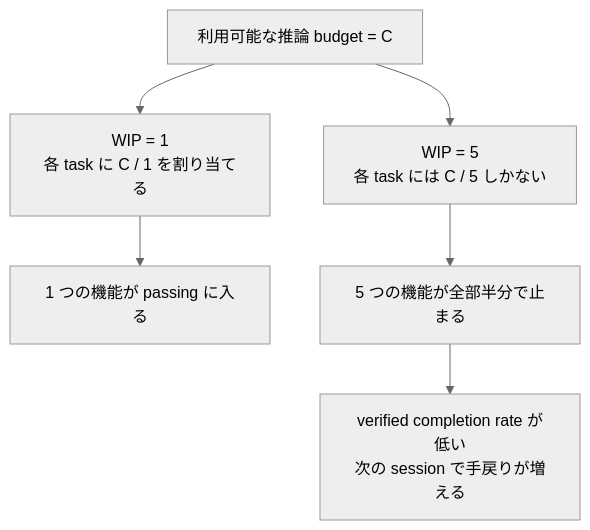
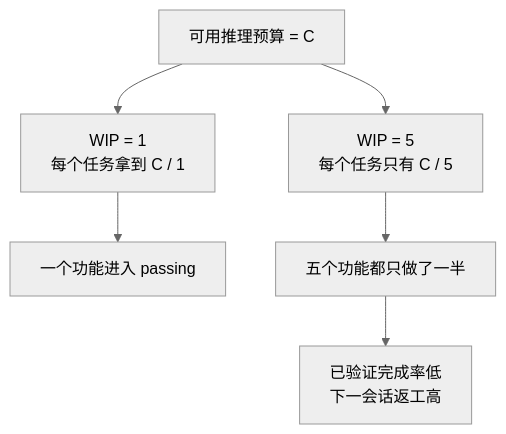
One commit to mkusaka/learn-harness-engineering changed the second of 2 diagrams in docs/zh/lectures/lecture-07-why-agents-overreach-and-under-finish/index.md. Above: the diagram before and after it, drawn with Mermaid (neutral theme). The commit also changed other lines of this file and 684 other files, not shown here.

````diff
--- a/docs/zh/lectures/lecture-07-why-agents-overreach-and-under-finish/index.md
+++ b/docs/zh/lectures/lecture-07-why-agents-overreach-and-under-finish/index.md
@@ -43,9 +43,9 @@
 ```mermaid
 flowchart TB
-    Budget["利用可能な推論 budget = C"] --> One["WIP = 1<br/>各 task に C / 1 を割り当てる"]
-    Budget --> Many["WIP = 5<br/>各 task には C / 5 しかない"]
+    Budget["可用推理预算 = C"] --> One["WIP = 1<br/>每个任务拿到 C / 1"]
+    Budget --> Many["WIP = 5<br/>每个任务只有 C / 5"]
 
-    One --> Finish["1 つの機能が passing に入る"]
-    Many --> Partial["5 つの機能が全部半分で止まる"]
-    Partial --> VCR["verified completion rate が低い<br/>次の session で手戻りが増える"]
+    One --> Finish["一个功能进入 passing"]
+    Many --> Partial["五个功能都只做了一半"]
+    Partial --> VCR["已验证完成率低<br/>下一会话返工高"]
 ```
````
